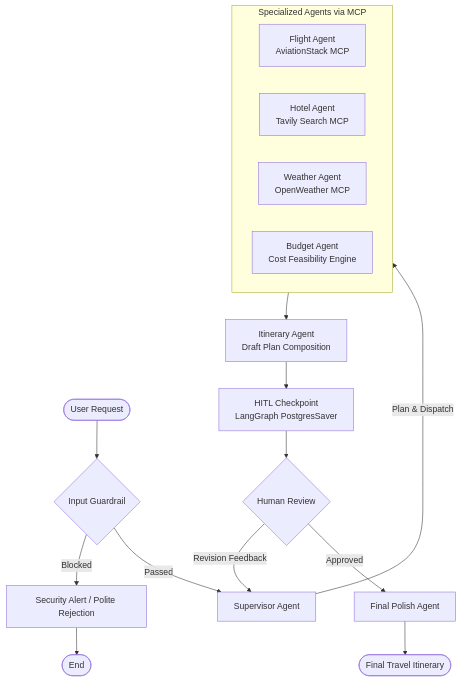
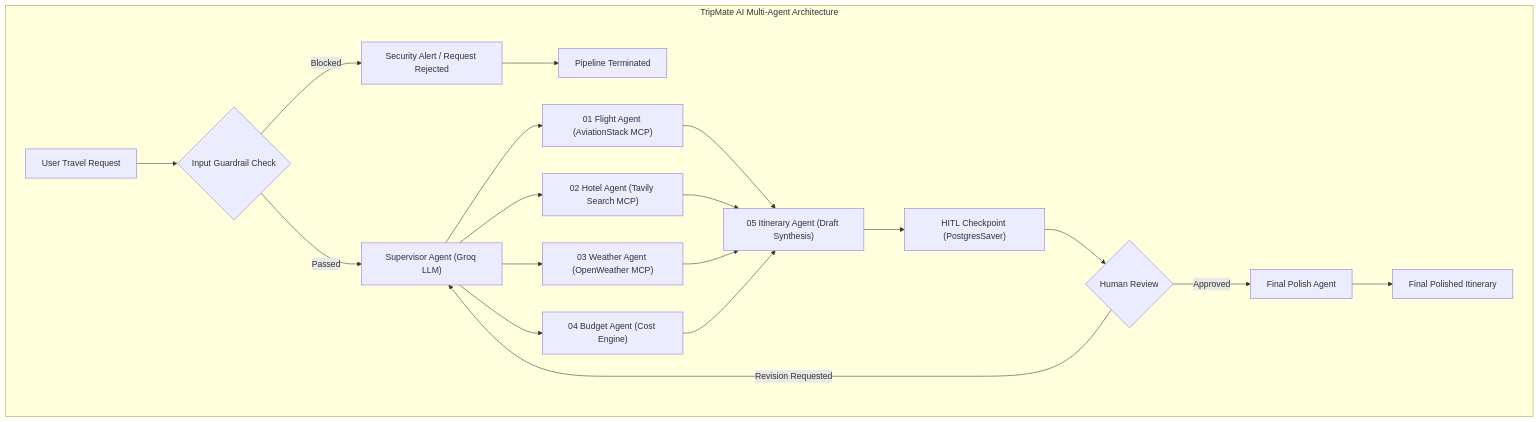
Before and after one commit to viditsharma1405/tripmate-ai: the diagram in README.md, drawn with Mermaid.

Commit message:
fix(docs): fix Mermaid diagram syntax for GitHub renderer

````diff
--- a/README.md
+++ b/README.md
@@ -48,27 +48,28 @@
 ```mermaid
 flowchart TD
-    User([User Request]) --> Guardrail{Input Guardrail}
-    
-    Guardrail -- Blocked --> BlockedNode[Security Alert / Polite Rejection] --> END([End])
-    Guardrail -- Passed --> Supervisor[Supervisor Agent]
-    
-    Supervisor -->|Plan & Dispatch| Specialists
-    
-    subgraph Specialists [Specialized Agents via MCP]
-        FA[Flight Agent<br/>AviationStack MCP]
-        HA[Hotel Agent<br/>Tavily Search MCP]
-        WA[Weather Agent<br/>OpenWeather MCP]
-        BA[Budget Agent<br/>Cost Feasibility Engine]
+    subgraph Pipeline [TripMate AI Multi-Agent Architecture]
+        User["User Travel Request"] --> Guardrail{"Input Guardrail Check"}
+        
+        Guardrail -->|Blocked| BlockedNode["Security Alert / Request Rejected"]
+        BlockedNode --> TerminateNode["Pipeline Terminated"]
+        
+        Guardrail -->|Passed| Supervisor["Supervisor Agent (Groq LLM)"]
+        
+        Supervisor --> FA["01 Flight Agent (AviationStack MCP)"]
+        Supervisor --> HA["02 Hotel Agent (Tavily Search MCP)"]
+        Supervisor --> WA["03 Weather Agent (OpenWeather MCP)"]
+        Supervisor --> BA["04 Budget Agent (Cost Engine)"]
+        
+        FA --> IA["05 Itinerary Agent (Draft Synthesis)"]
+        HA --> IA
+        WA --> IA
+        BA --> IA
+        
+        IA --> Checkpoint["HITL Checkpoint (PostgresSaver)"]
+        Checkpoint --> Review{"Human Review"}
+        
+        Review -->|Revision Requested| Supervisor
+        Review -->|Approved| FinalAgent["Final Polish Agent"]
+        FinalAgent --> Finished["Final Polished Itinerary"]
     end
-    
-    Specialists --> IA[Itinerary Agent<br/>Draft Plan Composition]
-    
-    IA --> Checkpoint[HITL Checkpoint<br/>LangGraph PostgresSaver]
-    
-    Checkpoint --> UserReview{Human Review}
-    
-    UserReview -- "Revision Feedback" --> Supervisor
-    UserReview -- "Approved" --> FinalAgent[Final Polish Agent]
-    
-    FinalAgent --> Output([Final Travel Itinerary])
 ```
````
